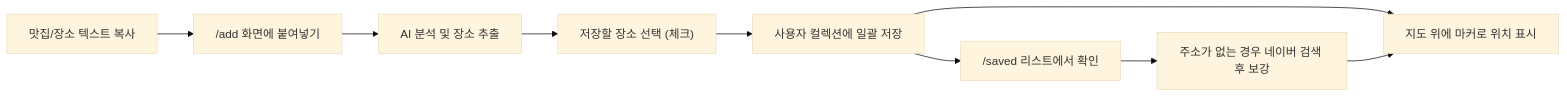
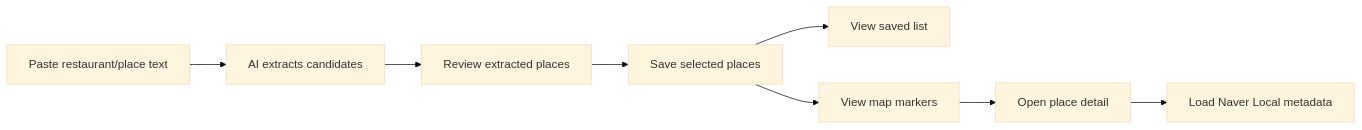
The first of 2 diagrams in README.md (BapSangE/sple), drawn with Mermaid (base theme) before and after one commit. The commit also changed other lines of this file, not shown here.

````diff
--- a/README.md
+++ b/README.md
@@ -79,11 +64,10 @@
 ```mermaid
 flowchart LR
-  A["맛집/장소 텍스트 복사"] --> B["/add 화면에 붙여넣기"]
-  B --> C["AI 분석 및 장소 추출"]
-  C --> D["저장할 장소 선택 (체크)"]
-  D --> E["사용자 컬렉션에 일괄 저장"]
-  E --> F["/saved 리스트에서 확인"]
-  E --> G["지도 위에 마커로 위치 표시"]
-  F --> H["주소가 없는 경우 네이버 검색 후 보강"]
-  H --> G
+  A["Paste restaurant/place text"] --> B["AI extracts candidates"]
+  B --> C["Review extracted places"]
+  C --> D["Save selected places"]
+  D --> E["View saved list"]
+  D --> F["View map markers"]
+  F --> G["Open place detail"]
+  G --> H["Load Naver Local metadata"]
 ```
````
